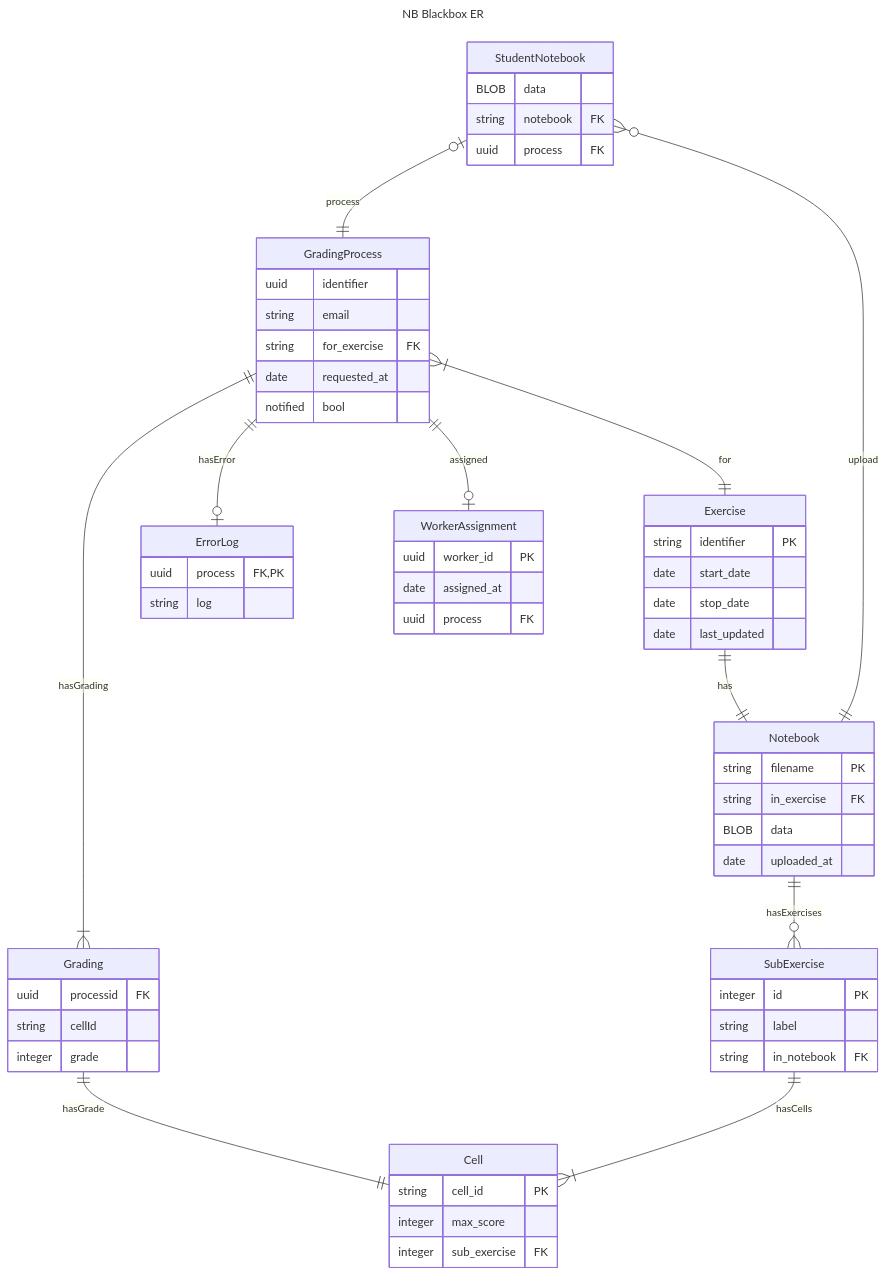
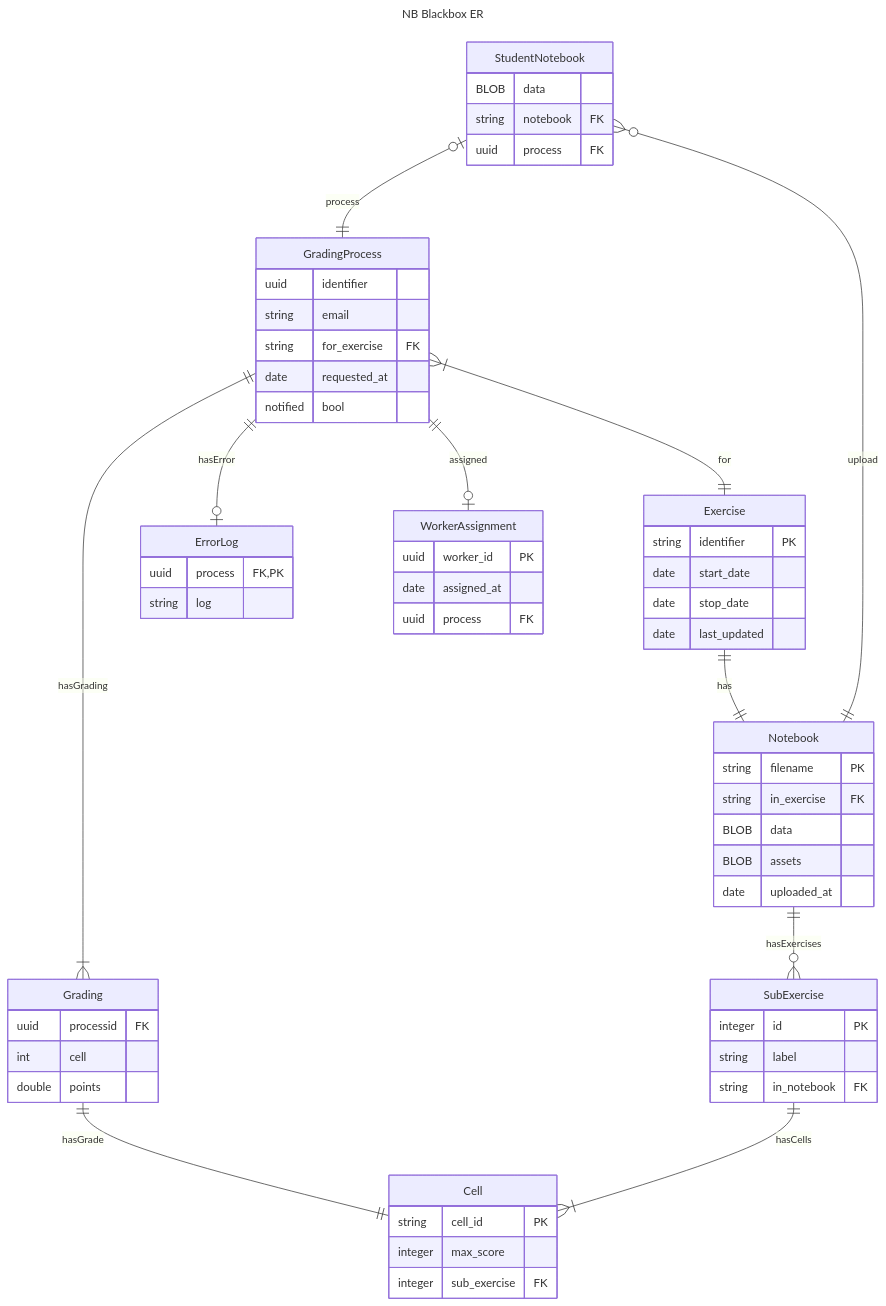
The diagram in datamodel.md (RWTH-DBIS/Ampelgrader), drawn with Mermaid before and after one commit.

Commit message:
Update datamodel #42

````diff
--- a/datamodel.md
+++ b/datamodel.md
@@ -3,77 +3,78 @@
 ```mermaid
 ---
 title: NB Blackbox ER
 ---
 
 erDiagram
     Exercise {
         string identifier PK
         date start_date
         date stop_date
         date last_updated
     }
 
     Notebook {
         string filename PK
         string in_exercise FK
         BLOB data
+        BLOB assets
         date uploaded_at
     }
     
     SubExercise {
         integer id PK
         string label
         string in_notebook FK
     }
     
     Cell {
         string cell_id PK
         integer max_score
         integer sub_exercise FK
     }
     
     GradingProcess {
         uuid identifier
         string email
         string for_exercise FK
         date requested_at
         notified bool
     }
     
     Grading {
         uuid processid FK
-        string cellId
-        integer grade
+        int cell
+        double points
     }
     
     ErrorLog {
         uuid process FK,PK
         string log
     }
     
     WorkerAssignment {
         uuid worker_id PK
         date assigned_at
         uuid process FK
     }
     
     StudentNotebook {
         BLOB data
         string notebook FK
         uuid process FK
     }
         
     Exercise ||--|| Notebook: has
     GradingProcess }|--|| Exercise: for
     GradingProcess ||--|{ Grading: hasGrading
     GradingProcess ||--o| ErrorLog: hasError
     
     Grading ||--|| Cell: hasGrade
 
     Notebook ||--o{ SubExercise: hasExercises
     SubExercise ||--|{ Cell: hasCells
 
     GradingProcess ||--o| WorkerAssignment: assigned
     StudentNotebook }o--|| Notebook: upload
     StudentNotebook |o--|| GradingProcess: process
 ```
````
